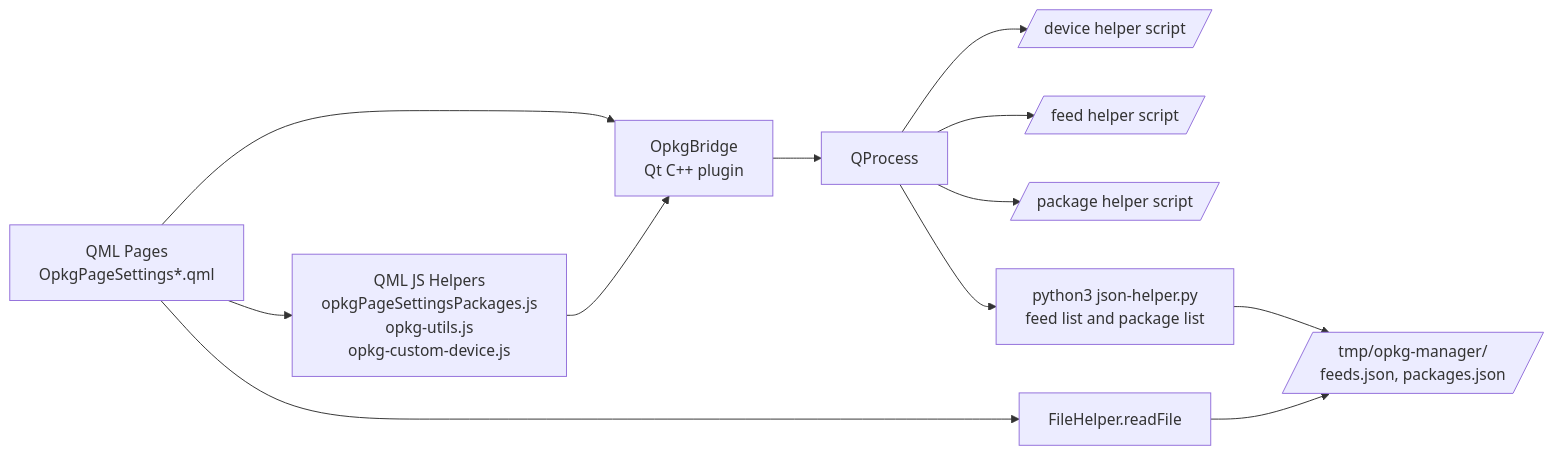
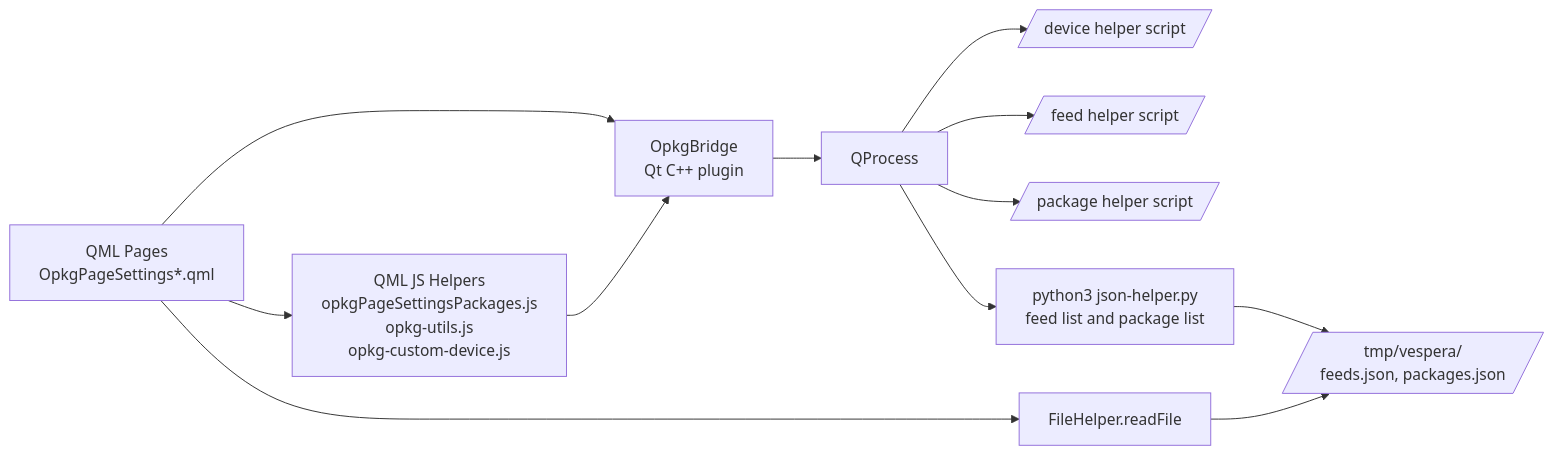
Before and after one commit to thespinmaster/venus-os-addons: the first of 6 diagrams in addons/vespera/docs/mermaid-diagrams.md, drawn with Mermaid. The commit also changed other lines of this file and 575 other files, not shown here.

````diff
--- a/addons/vespera/docs/mermaid-diagrams.md
+++ b/addons/vespera/docs/mermaid-diagrams.md
@@ -9,16 +9,16 @@
 ```mermaid
 flowchart LR
     UI[QML Pages\nOpkgPageSettings*.qml] --> VMJS[QML JS Helpers\nopkgPageSettingsPackages.js\nopkg-utils.js\nopkg-custom-device.js]
     UI --> BRIDGE[OpkgBridge\nQt C++ plugin]
     VMJS --> BRIDGE
 
     BRIDGE --> PROC[QProcess]
     PROC --> DEV[/device helper script/]
     PROC --> FEED[/feed helper script/]
     PROC --> PKG[/package helper script/]
     PROC --> PY[python3 json-helper.py\nfeed list and package list]
 
-    PY --> CACHE[/tmp/opkg-manager/\nfeeds.json, packages.json/]
+    PY --> CACHE[/tmp/vespera/\nfeeds.json, packages.json/]
     UI --> FILE[FileHelper.readFile]
     FILE --> CACHE
 ```
````
